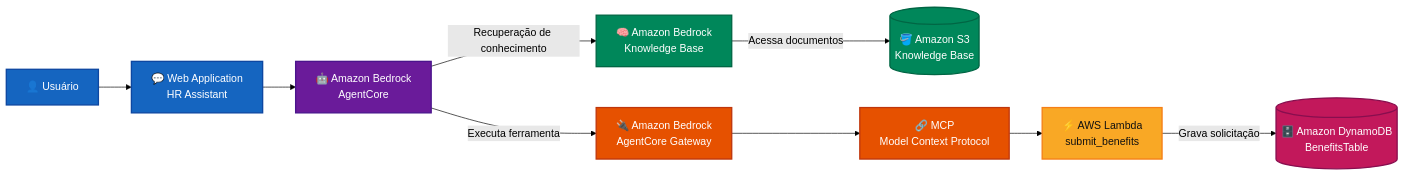
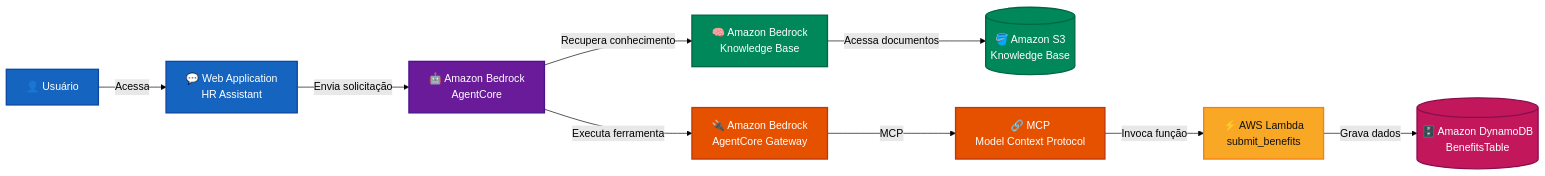
Before and after one commit to Rogerio5/aws-genai-smart-assistant-lab: the first of 11 diagrams in README.md, drawn with Mermaid (forest theme). The commit also changed other lines of this file, not shown here.

````diff
--- a/README.md
+++ b/README.md
@@ -35,44 +35,45 @@
 ```mermaid
 flowchart LR
 
     USER["👤 Usuário"]
     WEB["💬 Web Application<br/>HR Assistant"]
 
     AGENT["🤖 Amazon Bedrock<br/>AgentCore"]
 
     KB["🧠 Amazon Bedrock<br/>Knowledge Base"]
     S3KB[("🪣 Amazon S3<br/>Knowledge Base")]
 
     GATEWAY["🔌 Amazon Bedrock<br/>AgentCore Gateway"]
+
     MCP["🔗 MCP<br/>Model Context Protocol"]
 
     LAMBDA["⚡ AWS Lambda<br/>submit_benefits"]
 
     DB[("🗄️ Amazon DynamoDB<br/>BenefitsTable")]
 
-    USER --> WEB
-    WEB --> AGENT
+    USER -->|"Acessa"| WEB
+    WEB -->|"Envia solicitação"| AGENT
 
-    AGENT -->|"Recuperação de conhecimento"| KB
+    AGENT -->|"Recupera conhecimento"| KB
     KB -->|"Acessa documentos"| S3KB
 
     AGENT -->|"Executa ferramenta"| GATEWAY
-    GATEWAY --> MCP
-    MCP --> LAMBDA
+    GATEWAY -->|"MCP"| MCP
+    MCP -->|"Invoca função"| LAMBDA
 
-    LAMBDA -->|"Grava solicitação"| DB
+    LAMBDA -->|"Grava dados"| DB
 
     classDef user fill:#1565C0,stroke:#0D47A1,color:#ffffff,stroke-width:2px
     classDef ai fill:#6A1B9A,stroke:#4A148C,color:#ffffff,stroke-width:2px
     classDef knowledge fill:#00875A,stroke:#006644,color:#ffffff,stroke-width:2px
     classDef integration fill:#E65100,stroke:#BF360C,color:#ffffff,stroke-width:2px
     classDef compute fill:#F9A825,stroke:#F57F17,color:#111111,stroke-width:2px
     classDef database fill:#C2185B,stroke:#880E4F,color:#ffffff,stroke-width:2px
 
     class USER,WEB user
     class AGENT ai
     class KB,S3KB knowledge
     class GATEWAY,MCP integration
     class LAMBDA compute
     class DB database
 ```
````
